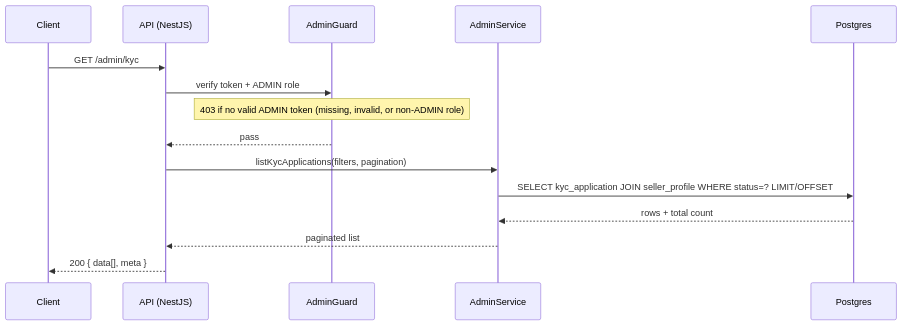
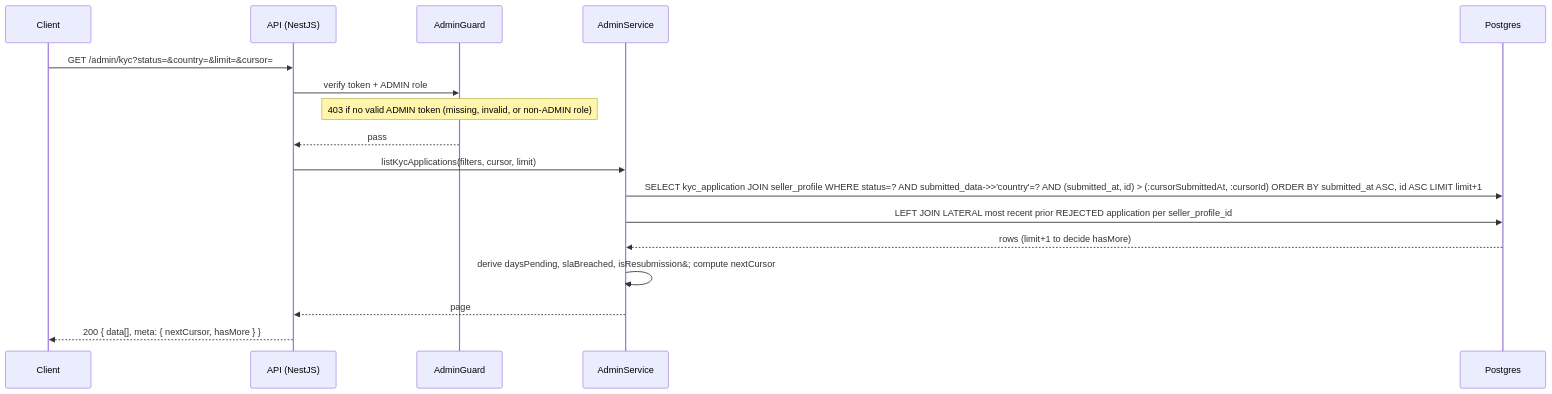
Before and after one commit to alisa-uthi/aliceut-ecom-document: the first of 14 diagrams in phase-1/technical-design/api-design/admin.md, drawn with Mermaid. The commit also changed other lines of this file and 73 other files, not shown here.

````diff
--- a/phase-1/technical-design/api-design/admin.md
+++ b/phase-1/technical-design/api-design/admin.md
@@ -88,18 +130,20 @@
 ```mermaid
 sequenceDiagram
     participant C as Client
     participant API as API (NestJS)
     participant G as AdminGuard
     participant S as AdminService
     participant PG as Postgres
 
-    C->>API: GET /admin/kyc
+    C->>API: GET /admin/kyc?status=&country=&limit=&cursor=
     API->>G: verify token + ADMIN role
     Note over G: 403 if no valid ADMIN token (missing, invalid, or non-ADMIN role)
     G-->>API: pass
-    API->>S: listKycApplications(filters, pagination)
-    S->>PG: SELECT kyc_application JOIN seller_profile WHERE status=? LIMIT/OFFSET
-    PG-->>S: rows + total count
-    S-->>API: paginated list
-    API-->>C: 200 { data[], meta }
+    API->>S: listKycApplications(filters, cursor, limit)
+    S->>PG: SELECT kyc_application JOIN seller_profile WHERE status=? AND submitted_data->>'country'=? AND (submitted_at, id) > (:cursorSubmittedAt, :cursorId) ORDER BY submitted_at ASC, id ASC LIMIT limit+1
+    S->>PG: LEFT JOIN LATERAL most recent prior REJECTED application per seller_profile_id
+    PG-->>S: rows (limit+1 to decide hasMore)
+    S->>S: derive daysPending, slaBreached, isResubmission&#59; compute nextCursor
+    S-->>API: page
+    API-->>C: 200 { data[], meta: { nextCursor, hasMore } }
 ```
````
